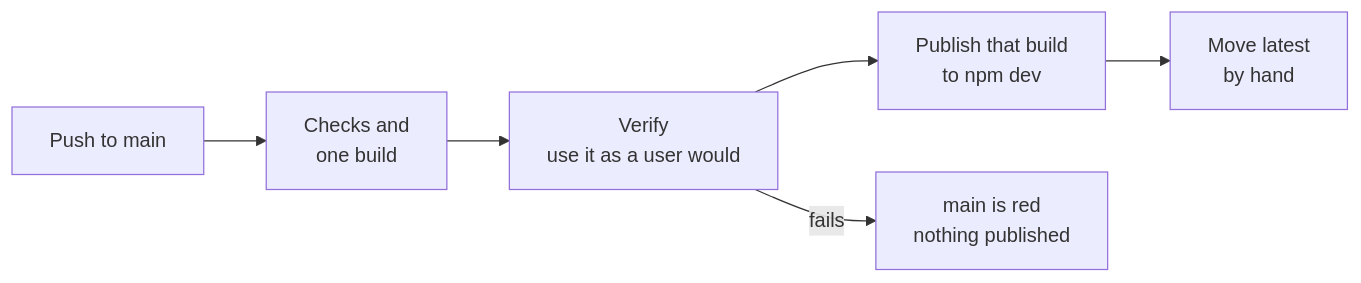
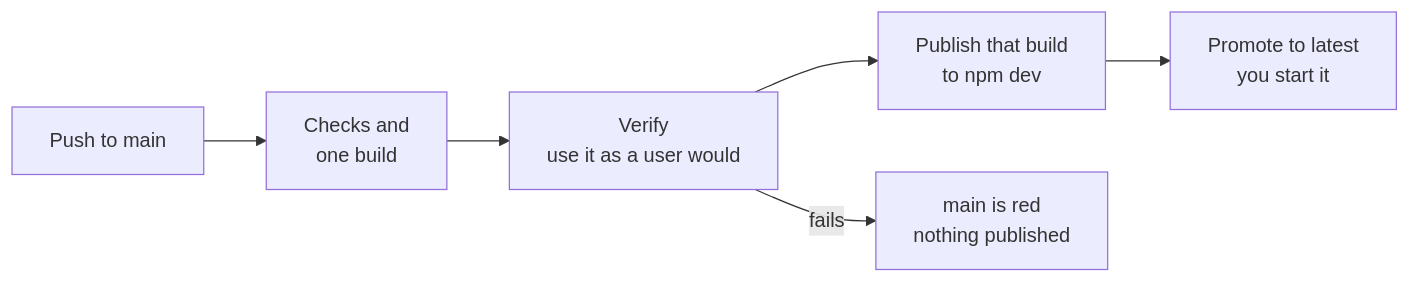
One commit to typesmiths/decohere changed the second of 2 diagrams in docs/ci/README.md. Above: the diagram before and after it, drawn with Mermaid. The commit also changed other lines of this file and 9 other files, not shown here.

First line of the commit message:
feat(ci): promote a tested version to latest from a manual workflow (#128)

````diff
--- a/docs/ci/README.md
+++ b/docs/ci/README.md
@@ -33,8 +33,8 @@
 ```mermaid
 flowchart LR
   push["Push to main"] --> build["Checks and<br/>one build"]
   build --> verify["Verify<br/>use it as a user would"]
   verify --> publish["Publish that build<br/>to npm dev"]
-  publish --> latest["Move latest<br/>by hand"]
+  publish --> latest["Promote to latest<br/>you start it"]
   verify -- fails --> red["main is red<br/>nothing published"]
 ```
````
